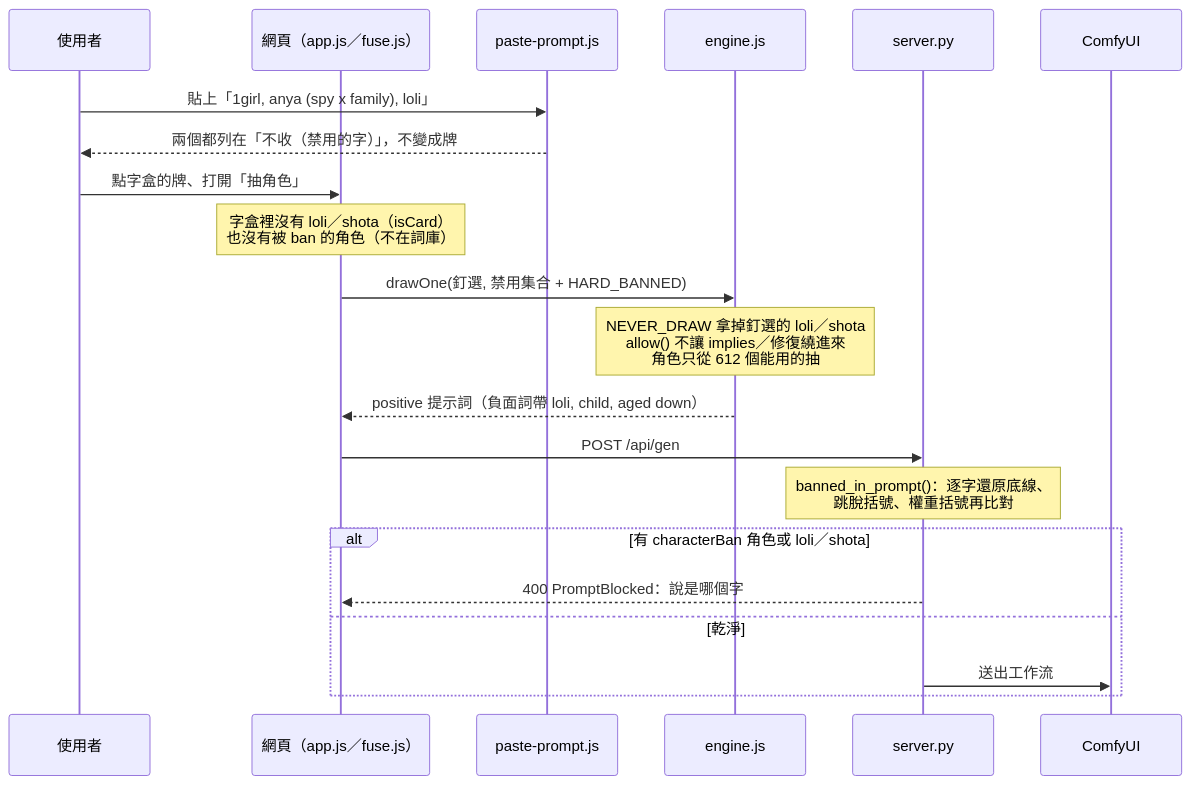
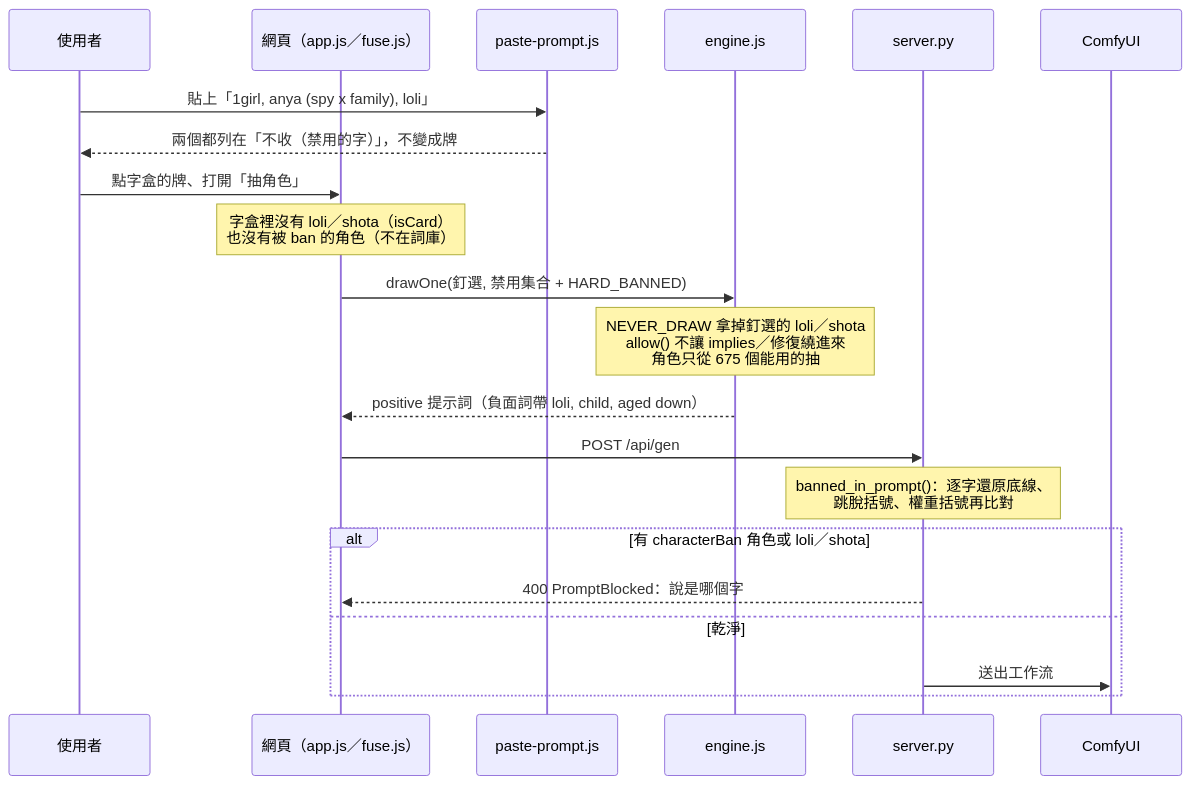
Before and after one commit to bosen12/danbooru_tag_random: the second of 2 diagrams in 未成年規範.md, drawn with Mermaid. The commit also changed other lines of this file and 24 other files, not shown here.

````diff
--- a/未成年規範.md
+++ b/未成年規範.md
@@ -77,24 +77,24 @@
 ```mermaid
 sequenceDiagram
   participant U as 使用者
   participant W as 網頁（app.js／fuse.js）
   participant P as paste-prompt.js
   participant E as engine.js
   participant S as server.py
   participant C as ComfyUI
 
   U->>P: 貼上「1girl, anya (spy x family), loli」
   P-->>U: 兩個都列在「不收（禁用的字）」，不變成牌
   U->>W: 點字盒的牌、打開「抽角色」
   Note over W: 字盒裡沒有 loli／shota（isCard）<br/>也沒有被 ban 的角色（不在詞庫）
   W->>E: drawOne(釘選, 禁用集合 + HARD_BANNED)
-  Note over E: NEVER_DRAW 拿掉釘選的 loli／shota<br/>allow() 不讓 implies／修復繞進來<br/>角色只從 612 個能用的抽
+  Note over E: NEVER_DRAW 拿掉釘選的 loli／shota<br/>allow() 不讓 implies／修復繞進來<br/>角色只從 675 個能用的抽
   E-->>W: positive 提示詞（負面詞帶 loli, child, aged down）
   W->>S: POST /api/gen
   Note over S: banned_in_prompt()：逐字還原底線、<br/>跳脫括號、權重括號再比對
   alt 有 characterBan 角色或 loli／shota
     S-->>W: 400 PromptBlocked：說是哪個字
   else 乾淨
     S->>C: 送出工作流
   end
 ```
````
